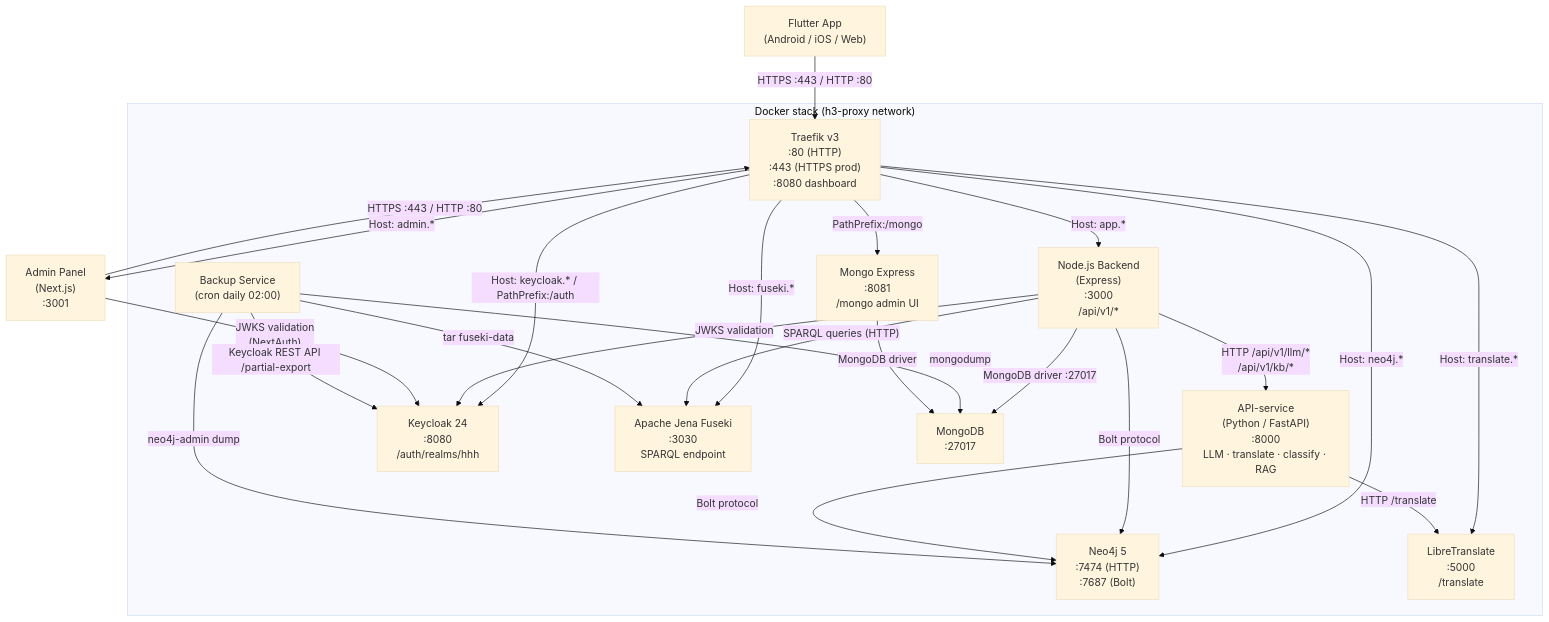
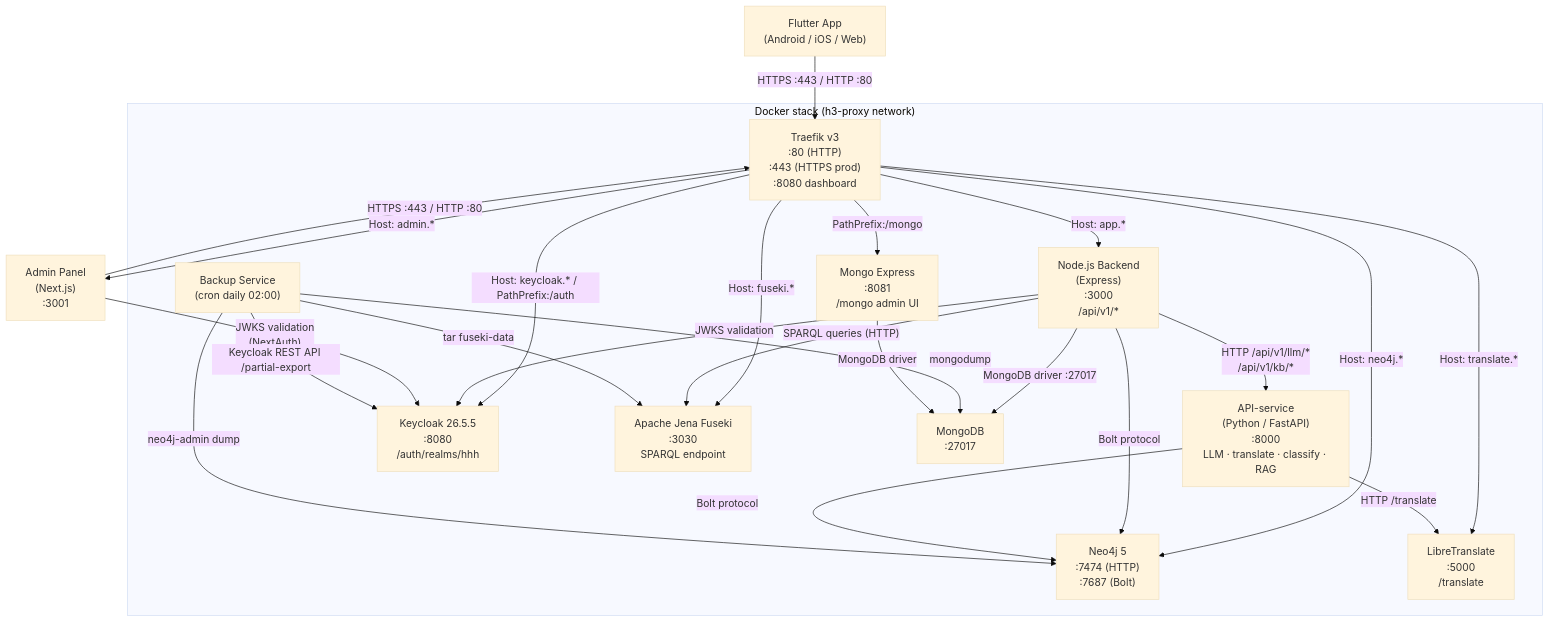
Before and after one commit to Bulgy404/health-habit-hub: the first of 4 diagrams in docs/architecture.md, drawn with Mermaid (base theme). The commit also changed other lines of this file and 117 other files, not shown here.

````diff
--- a/docs/architecture.md
+++ b/docs/architecture.md
@@ -11,54 +11,54 @@
 ```mermaid
 graph TD
     Flutter["Flutter App\n(Android / iOS / Web)"]
     AdminPanel["Admin Panel\n(Next.js)\n:3001"]
 
     subgraph Docker["Docker stack (h3-proxy network)"]
         Proxy["Traefik v3\n:80 (HTTP)\n:443 (HTTPS prod)\n:8080 dashboard"]
 
         App["Node.js Backend\n(Express)\n:3000\n/api/v1/*"]
 
         APIService["API-service\n(Python / FastAPI)\n:8000\nLLM · translate · classify · RAG"]
 
-        Keycloak["Keycloak 24\n:8080\n/auth/realms/hhh"]
+        Keycloak["Keycloak 26.5.5\n:8080\n/auth/realms/hhh"]
 
         Fuseki["Apache Jena Fuseki\n:3030\nSPARQL endpoint"]
 
         Neo4j["Neo4j 5\n:7474 (HTTP)\n:7687 (Bolt)"]
 
         Mongo["MongoDB\n:27017"]
 
         LibreTranslate["LibreTranslate\n:5000\n/translate"]
 
         MongoExpress["Mongo Express\n:8081\n/mongo admin UI"]
 
         Backup["Backup Service\n(cron daily 02:00)"]
     end
 
     Flutter -->|"HTTPS :443 / HTTP :80"| Proxy
     AdminPanel -->|"HTTPS :443 / HTTP :80"| Proxy
     Proxy -->|"Host: app.*"| App
     Proxy -->|"Host: admin.*"| AdminPanel
     Proxy -->|"Host: keycloak.* / PathPrefix:/auth"| Keycloak
     Proxy -->|"Host: fuseki.*"| Fuseki
     Proxy -->|"PathPrefix:/mongo"| MongoExpress
     Proxy -->|"Host: translate.*"| LibreTranslate
     Proxy -->|"Host: neo4j.*"| Neo4j
 
     App -->|"JWKS validation"| Keycloak
     AdminPanel -->|"JWKS validation\n(NextAuth)"| Keycloak
     App -->|"SPARQL queries (HTTP)"| Fuseki
     App -->|"Bolt protocol"| Neo4j
     App -->|"MongoDB driver :27017"| Mongo
     App -->|"HTTP /api/v1/llm/*\n/api/v1/kb/*"| APIService
 
     APIService -->|"Bolt protocol"| Neo4j
     APIService -->|"HTTP /translate"| LibreTranslate
 
     Backup -->|"mongodump"| Mongo
     Backup -->|"tar fuseki-data"| Fuseki
     Backup -->|"neo4j-admin dump"| Neo4j
     Backup -->|"Keycloak REST API /partial-export"| Keycloak
 
     MongoExpress -->|"MongoDB driver"| Mongo
 ```
````
